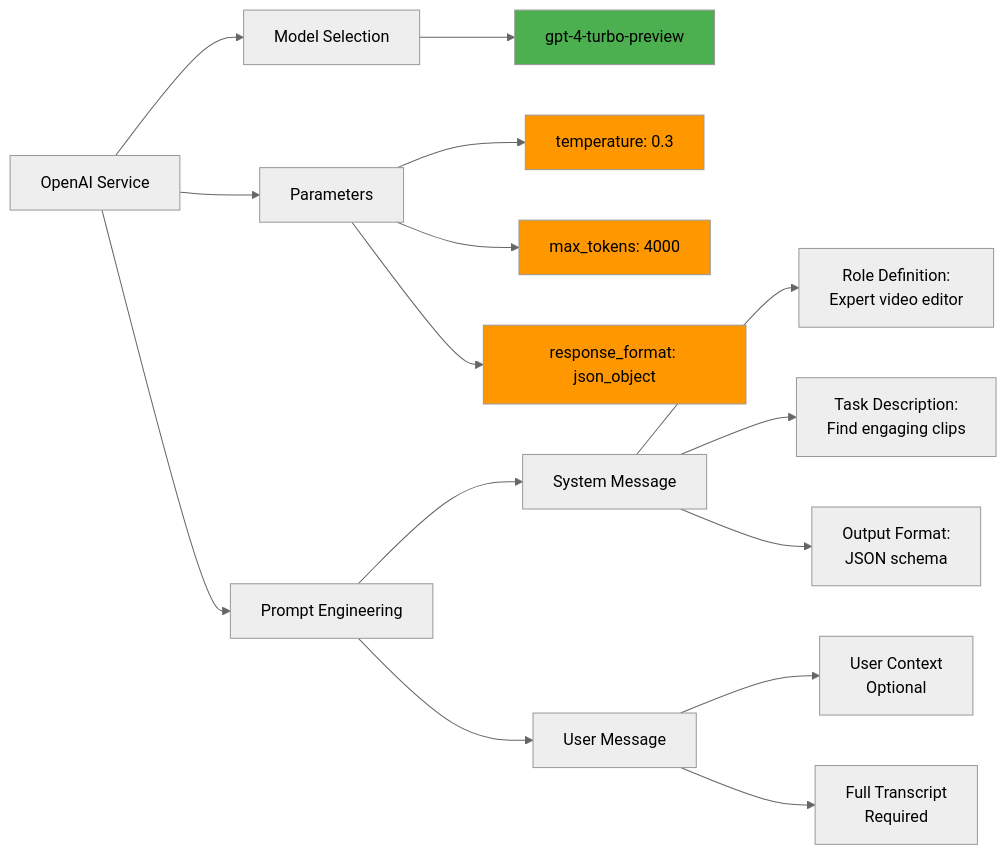
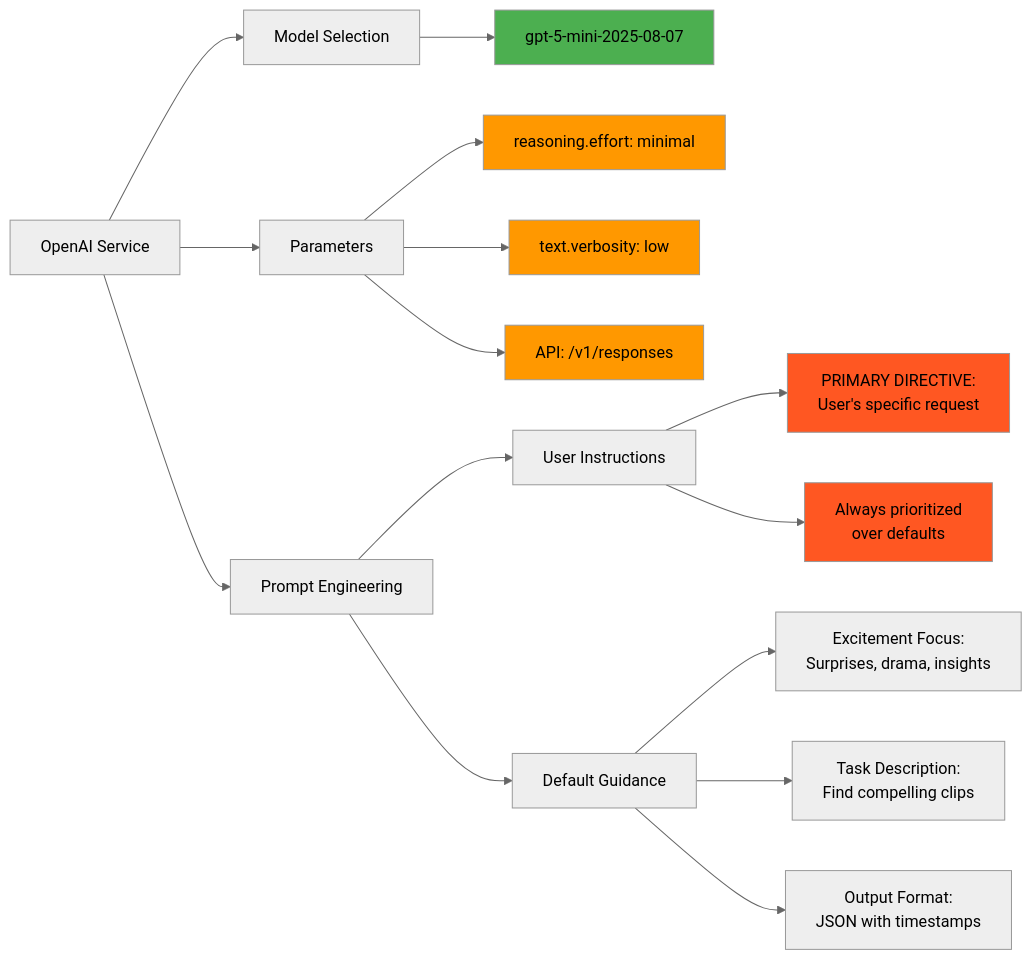
One commit to williamrthomas/clipscribe changed the third of 6 diagrams in docs/CLIP_SELECTION_ARCHITECTURE.md. Above: the diagram before and after it, drawn with Mermaid (neutral theme). The commit also changed other lines of this file and 2 other files, not shown here.

First line of the commit message:
docs: Update all documentation to reflect GPT-5-mini migration

````diff
--- a/docs/CLIP_SELECTION_ARCHITECTURE.md
+++ b/docs/CLIP_SELECTION_ARCHITECTURE.md
@@ -86,26 +87,29 @@
 ```mermaid
 graph LR
     A[OpenAI Service] --> B[Model Selection]
-    B --> C[gpt-4-turbo-preview]
+    B --> C[gpt-5-mini-2025-08-07]
     
     A --> D[Parameters]
-    D --> E[temperature: 0.3]
-    D --> F[max_tokens: 4000]
-    D --> G[response_format: json_object]
+    D --> E[reasoning.effort: minimal]
+    D --> F[text.verbosity: low]
+    D --> G[API: /v1/responses]
     
     A --> H[Prompt Engineering]
-    H --> I[System Message]
-    H --> J[User Message]
+    H --> I[User Instructions]
+    H --> J[Default Guidance]
     
-    I --> K[Role Definition:<br/>Expert video editor]
-    I --> L[Task Description:<br/>Find engaging clips]
-    I --> M[Output Format:<br/>JSON schema]
+    I --> K[PRIMARY DIRECTIVE:<br/>User's specific request]
+    I --> L[Always prioritized<br/>over defaults]
     
-    J --> N[User Context<br/>Optional]
-    J --> O[Full Transcript<br/>Required]
+    J --> M[Excitement Focus:<br/>Surprises, drama, insights]
+    J --> N[Task Description:<br/>Find compelling clips]
+    J --> O[Output Format:<br/>JSON with timestamps]
+    
+    style K fill:#FF5722
+    style L fill:#FF5722
     
     style C fill:#4CAF50
     style E fill:#FF9800
     style F fill:#FF9800
     style G fill:#FF9800
 ```
````
